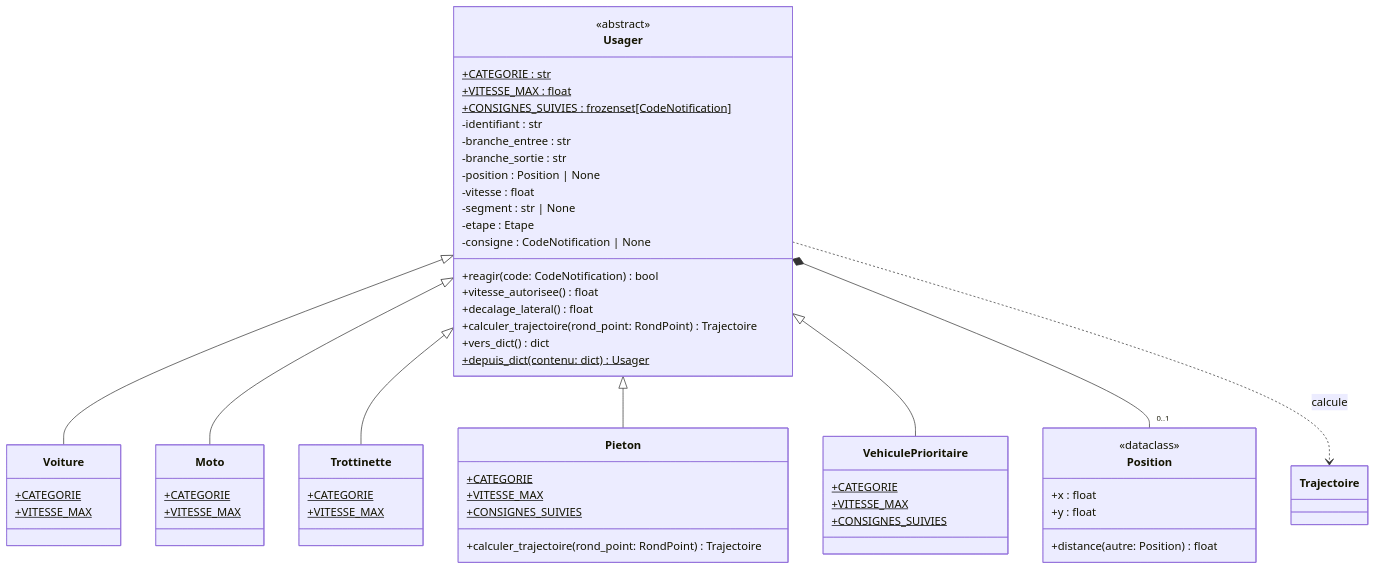
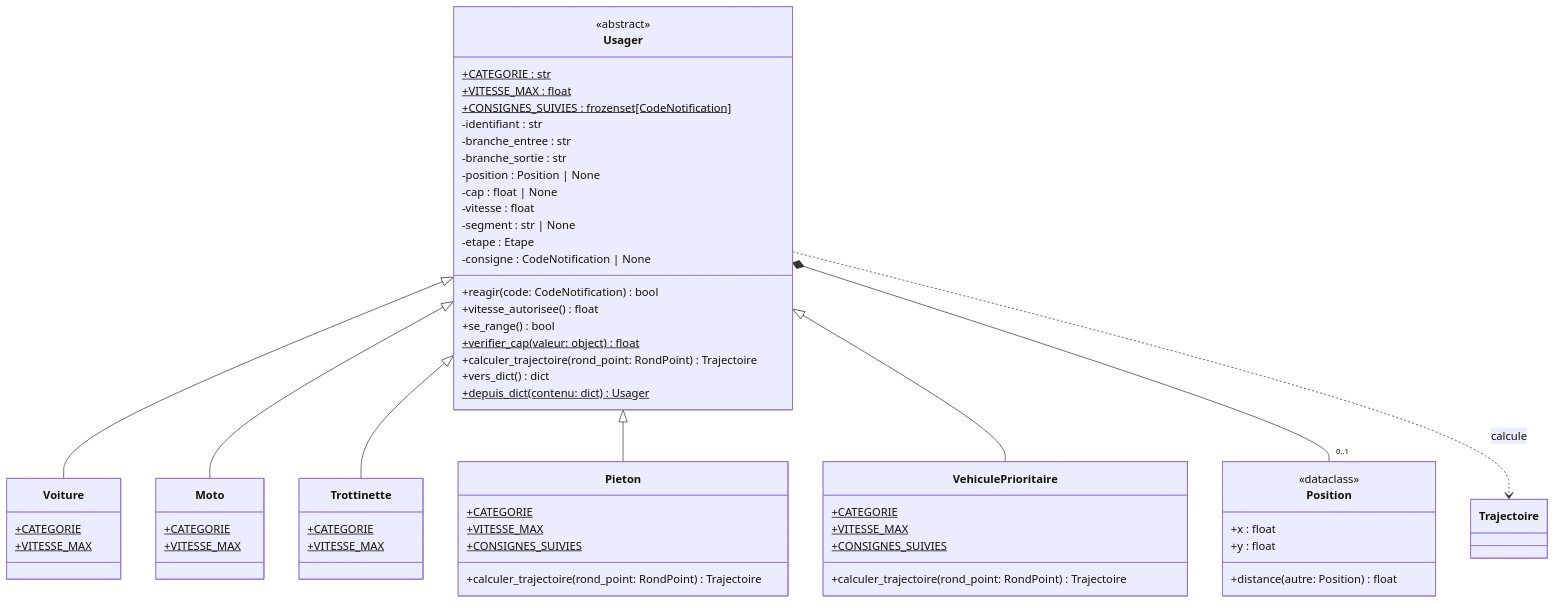
Before and after one commit to vRayzix/SAE3.02_Developper-une-application-communicante: the third of 12 diagrams in docs/uml.md, drawn with Mermaid. The commit also changed other lines of this file, not shown here.

First line of the commit message:
docs(uml): géométrie de Bel Air, voies de l'anneau, cap et nouvelle scène

````diff
--- a/docs/uml.md
+++ b/docs/uml.md
@@ -154,66 +168,69 @@
 ```mermaid
 classDiagram
     class Position {
         <<dataclass>>
         +x : float
         +y : float
         +distance(autre: Position) float
     }
 
     class Usager {
         <<abstract>>
         +CATEGORIE : str$
         +VITESSE_MAX : float$
         +CONSIGNES_SUIVIES : frozenset[CodeNotification]$
         -identifiant : str
         -branche_entree : str
         -branche_sortie : str
         -position : Position | None
+        -cap : float | None
         -vitesse : float
         -segment : str | None
         -etape : Etape
         -consigne : CodeNotification | None
         +reagir(code: CodeNotification) bool
         +vitesse_autorisee() float
-        +decalage_lateral() float
+        +se_range() bool
+        +verifier_cap(valeur: object) float$
         +calculer_trajectoire(rond_point: RondPoint) Trajectoire
         +vers_dict() dict
         +depuis_dict(contenu: dict) Usager$
     }
 
     class Voiture {
         +CATEGORIE$
         +VITESSE_MAX$
     }
 
     class Moto {
         +CATEGORIE$
         +VITESSE_MAX$
     }
 
     class Trottinette {
         +CATEGORIE$
         +VITESSE_MAX$
     }
 
     class Pieton {
         +CATEGORIE$
         +VITESSE_MAX$
         +CONSIGNES_SUIVIES$
         +calculer_trajectoire(rond_point: RondPoint) Trajectoire
     }
 
     class VehiculePrioritaire {
         +CATEGORIE$
         +VITESSE_MAX$
         +CONSIGNES_SUIVIES$
+        +calculer_trajectoire(rond_point: RondPoint) Trajectoire
     }
 
     Usager <|-- Voiture
     Usager <|-- Moto
     Usager <|-- Trottinette
     Usager <|-- Pieton
     Usager <|-- VehiculePrioritaire
     Usager *-- "0..1" Position
     Usager ..> Trajectoire : calcule
 ```
````
